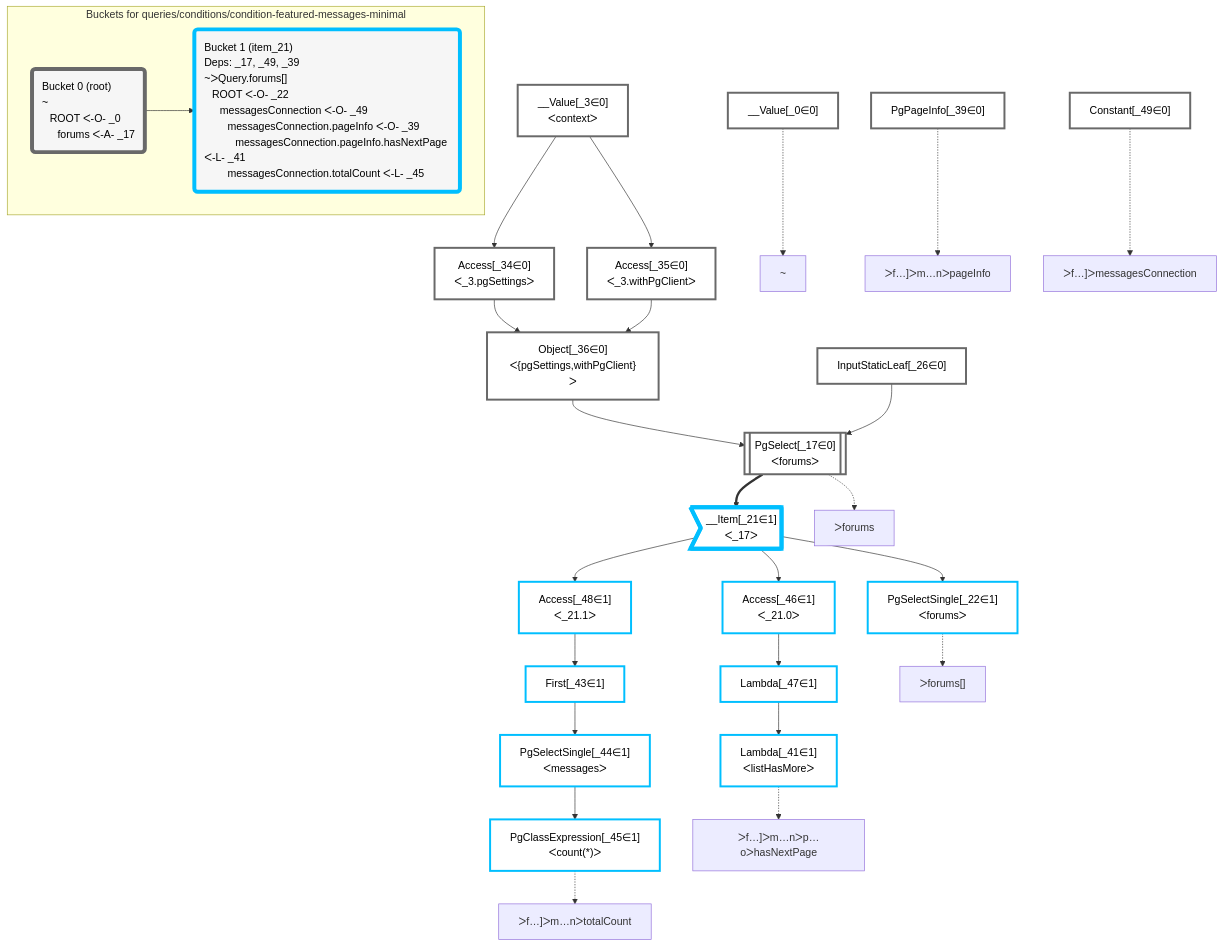
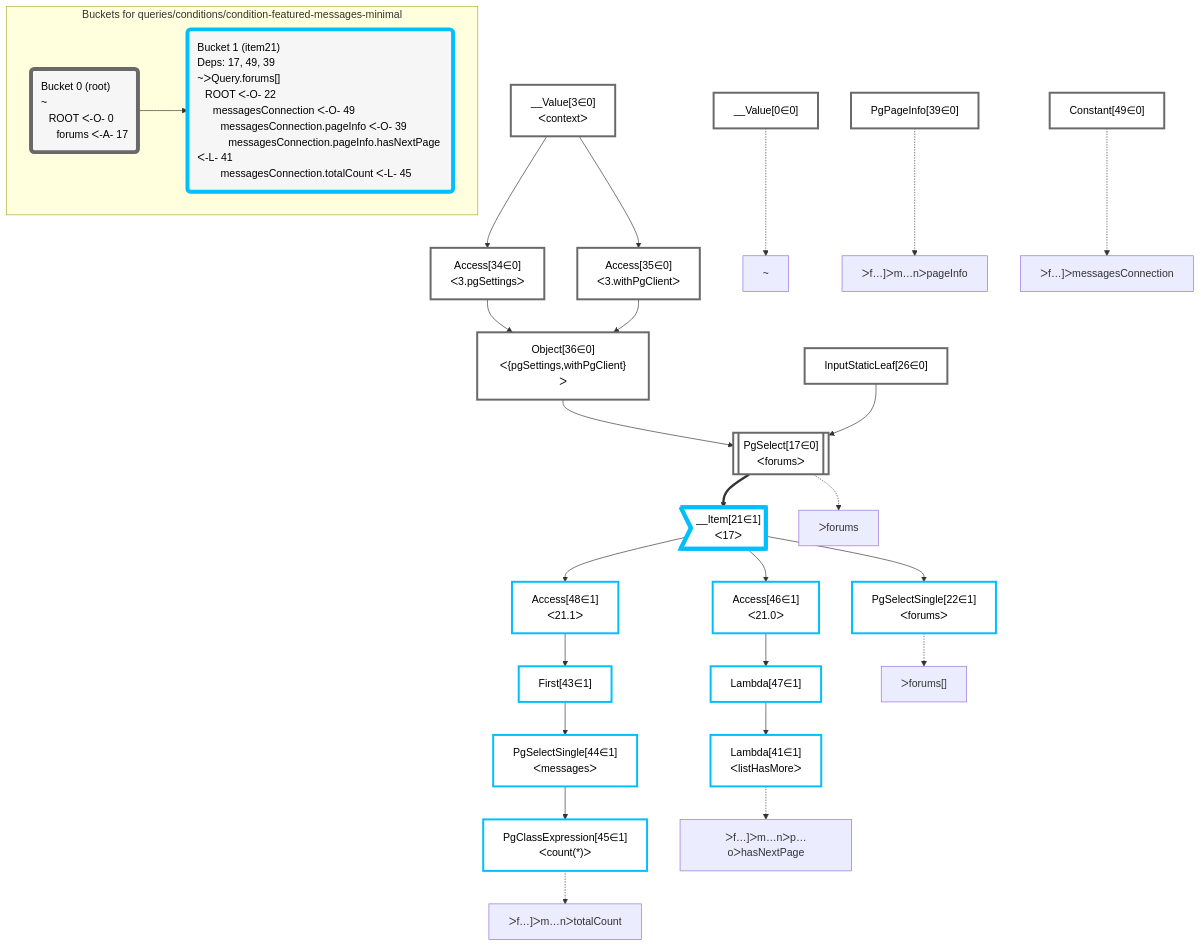
One commit to graphile/crystal changed the diagram in packages/dataplan-pg/__tests__/queries/conditions/condition-featured-messages-minimal.mermaid.md. Above: the diagram before and after it, drawn with Mermaid. The commit also changed 195 other files, not shown here.

````diff
--- a/packages/dataplan-pg/__tests__/queries/conditions/condition-featured-messages-minimal.mermaid.md
+++ b/packages/dataplan-pg/__tests__/queries/conditions/condition-featured-messages-minimal.mermaid.md
@@ -1,70 +1,70 @@
 ```mermaid
 graph TD
     classDef path fill:#eee,stroke:#000,color:#000
     classDef plan fill:#fff,stroke-width:3px,color:#000
     classDef itemplan fill:#fff,stroke-width:6px,color:#000
     classDef sideeffectplan fill:#f00,stroke-width:6px,color:#000
     classDef bucket fill:#f6f6f6,color:#000,stroke-width:6px,text-align:left
 
 
     %% define plans
-    __Value_0["__Value[_0∈0]"]:::plan
-    PgSelectSingle_22["PgSelectSingle[_22∈1]<br />ᐸforumsᐳ"]:::plan
-    PgClassExpression_45["PgClassExpression[_45∈1]<br />ᐸcount(*)ᐳ"]:::plan
-    PgSelectSingle_44["PgSelectSingle[_44∈1]<br />ᐸmessagesᐳ"]:::plan
-    First_43["First[_43∈1]"]:::plan
-    Access_48["Access[_48∈1]<br />ᐸ_21.1ᐳ"]:::plan
-    Lambda_41["Lambda[_41∈1]<br />ᐸlistHasMoreᐳ"]:::plan
-    Lambda_47["Lambda[_47∈1]"]:::plan
-    Access_46["Access[_46∈1]<br />ᐸ_21.0ᐳ"]:::plan
-    __Item_21>"__Item[_21∈1]<br />ᐸ_17ᐳ"]:::itemplan
-    PgSelect_17[["PgSelect[_17∈0]<br />ᐸforumsᐳ"]]:::plan
-    Object_36["Object[_36∈0]<br />ᐸ{pgSettings,withPgClient}ᐳ"]:::plan
-    Access_34["Access[_34∈0]<br />ᐸ_3.pgSettingsᐳ"]:::plan
-    Access_35["Access[_35∈0]<br />ᐸ_3.withPgClientᐳ"]:::plan
-    __Value_3["__Value[_3∈0]<br />ᐸcontextᐳ"]:::plan
-    InputStaticLeaf_26["InputStaticLeaf[_26∈0]"]:::plan
-    Constant_49["Constant[_49∈0]"]:::plan
-    PgPageInfo_39["PgPageInfo[_39∈0]"]:::plan
+    __Value0["__Value[0∈0]"]:::plan
+    PgSelectSingle22["PgSelectSingle[22∈1]<br />ᐸforumsᐳ"]:::plan
+    PgClassExpression45["PgClassExpression[45∈1]<br />ᐸcount(*)ᐳ"]:::plan
+    PgSelectSingle44["PgSelectSingle[44∈1]<br />ᐸmessagesᐳ"]:::plan
+    First43["First[43∈1]"]:::plan
+    Access48["Access[48∈1]<br />ᐸ21.1ᐳ"]:::plan
+    Lambda41["Lambda[41∈1]<br />ᐸlistHasMoreᐳ"]:::plan
+    Lambda47["Lambda[47∈1]"]:::plan
+    Access46["Access[46∈1]<br />ᐸ21.0ᐳ"]:::plan
+    __Item21>"__Item[21∈1]<br />ᐸ17ᐳ"]:::itemplan
+    PgSelect17[["PgSelect[17∈0]<br />ᐸforumsᐳ"]]:::plan
+    Object36["Object[36∈0]<br />ᐸ{pgSettings,withPgClient}ᐳ"]:::plan
+    Access34["Access[34∈0]<br />ᐸ3.pgSettingsᐳ"]:::plan
+    Access35["Access[35∈0]<br />ᐸ3.withPgClientᐳ"]:::plan
+    __Value3["__Value[3∈0]<br />ᐸcontextᐳ"]:::plan
+    InputStaticLeaf26["InputStaticLeaf[26∈0]"]:::plan
+    Constant49["Constant[49∈0]"]:::plan
+    PgPageInfo39["PgPageInfo[39∈0]"]:::plan
 
     %% plan dependencies
-    __Item_21 --> PgSelectSingle_22
-    PgSelectSingle_44 --> PgClassExpression_45
-    First_43 --> PgSelectSingle_44
-    Access_48 --> First_43
-    __Item_21 --> Access_48
-    Lambda_47 --> Lambda_41
-    Access_46 --> Lambda_47
-    __Item_21 --> Access_46
-    PgSelect_17 ==> __Item_21
-    Object_36 & InputStaticLeaf_26 --> PgSelect_17
-    Access_34 & Access_35 --> Object_36
-    __Value_3 --> Access_34
-    __Value_3 --> Access_35
+    __Item21 --> PgSelectSingle22
+    PgSelectSingle44 --> PgClassExpression45
+    First43 --> PgSelectSingle44
+    Access48 --> First43
+    __Item21 --> Access48
+    Lambda47 --> Lambda41
+    Access46 --> Lambda47
+    __Item21 --> Access46
+    PgSelect17 ==> __Item21
+    Object36 & InputStaticLeaf26 --> PgSelect17
+    Access34 & Access35 --> Object36
+    __Value3 --> Access34
+    __Value3 --> Access35
 
     %% plan-to-path relationships
-    P_0["~"]
-    __Value_0 -.-> P_0
-    P_17["ᐳforums"]
-    PgSelect_17 -.-> P_17
-    P_22["ᐳforums[]"]
-    PgSelectSingle_22 -.-> P_22
-    P_39["ᐳf…]ᐳm…nᐳpageInfo"]
-    PgPageInfo_39 -.-> P_39
-    P_41["ᐳf…]ᐳm…nᐳp…oᐳhasNextPage"]
-    Lambda_41 -.-> P_41
-    P_45["ᐳf…]ᐳm…nᐳtotalCount"]
-    PgClassExpression_45 -.-> P_45
-    P_49["ᐳf…]ᐳmessagesConnection"]
-    Constant_49 -.-> P_49
+    P0["~"]
+    __Value0 -.-> P0
+    P17["ᐳforums"]
+    PgSelect17 -.-> P17
+    P22["ᐳforums[]"]
+    PgSelectSingle22 -.-> P22
+    P39["ᐳf…]ᐳm…nᐳpageInfo"]
+    PgPageInfo39 -.-> P39
+    P41["ᐳf…]ᐳm…nᐳp…oᐳhasNextPage"]
+    Lambda41 -.-> P41
+    P45["ᐳf…]ᐳm…nᐳtotalCount"]
+    PgClassExpression45 -.-> P45
+    P49["ᐳf…]ᐳmessagesConnection"]
+    Constant49 -.-> P49
 
     subgraph "Buckets for queries/conditions/condition-featured-messages-minimal"
-    Bucket0("Bucket 0 (root)<br />~<br />⠀ROOT ᐸ-O- _0<br />⠀⠀forums ᐸ-A- _17"):::bucket
+    Bucket0("Bucket 0 (root)<br />~<br />⠀ROOT ᐸ-O- 0<br />⠀⠀forums ᐸ-A- 17"):::bucket
     classDef bucket0 stroke:#696969
-    class Bucket0,__Value_0,__Value_3,PgSelect_17,InputStaticLeaf_26,Access_34,Access_35,Object_36,PgPageInfo_39,Constant_49 bucket0
-    Bucket1("Bucket 1 (item_21)<br />Deps: _17, _49, _39<br />~ᐳQuery.forums[]<br />⠀ROOT ᐸ-O- _22<br />⠀⠀messagesConnection ᐸ-O- _49<br />⠀⠀⠀messagesConnection.pageInfo ᐸ-O- _39<br />⠀⠀⠀⠀messagesConnection.pageInfo.hasNextPage ᐸ-L- _41<br />⠀⠀⠀messagesConnection.totalCount ᐸ-L- _45"):::bucket
+    class Bucket0,__Value0,__Value3,PgSelect17,InputStaticLeaf26,Access34,Access35,Object36,PgPageInfo39,Constant49 bucket0
+    Bucket1("Bucket 1 (item21)<br />Deps: 17, 49, 39<br />~ᐳQuery.forums[]<br />⠀ROOT ᐸ-O- 22<br />⠀⠀messagesConnection ᐸ-O- 49<br />⠀⠀⠀messagesConnection.pageInfo ᐸ-O- 39<br />⠀⠀⠀⠀messagesConnection.pageInfo.hasNextPage ᐸ-L- 41<br />⠀⠀⠀messagesConnection.totalCount ᐸ-L- 45"):::bucket
     classDef bucket1 stroke:#00bfff
-    class Bucket1,__Item_21,PgSelectSingle_22,Lambda_41,First_43,PgSelectSingle_44,PgClassExpression_45,Access_46,Lambda_47,Access_48 bucket1
+    class Bucket1,__Item21,PgSelectSingle22,Lambda41,First43,PgSelectSingle44,PgClassExpression45,Access46,Lambda47,Access48 bucket1
     Bucket0 --> Bucket1
     end
 ```
````
